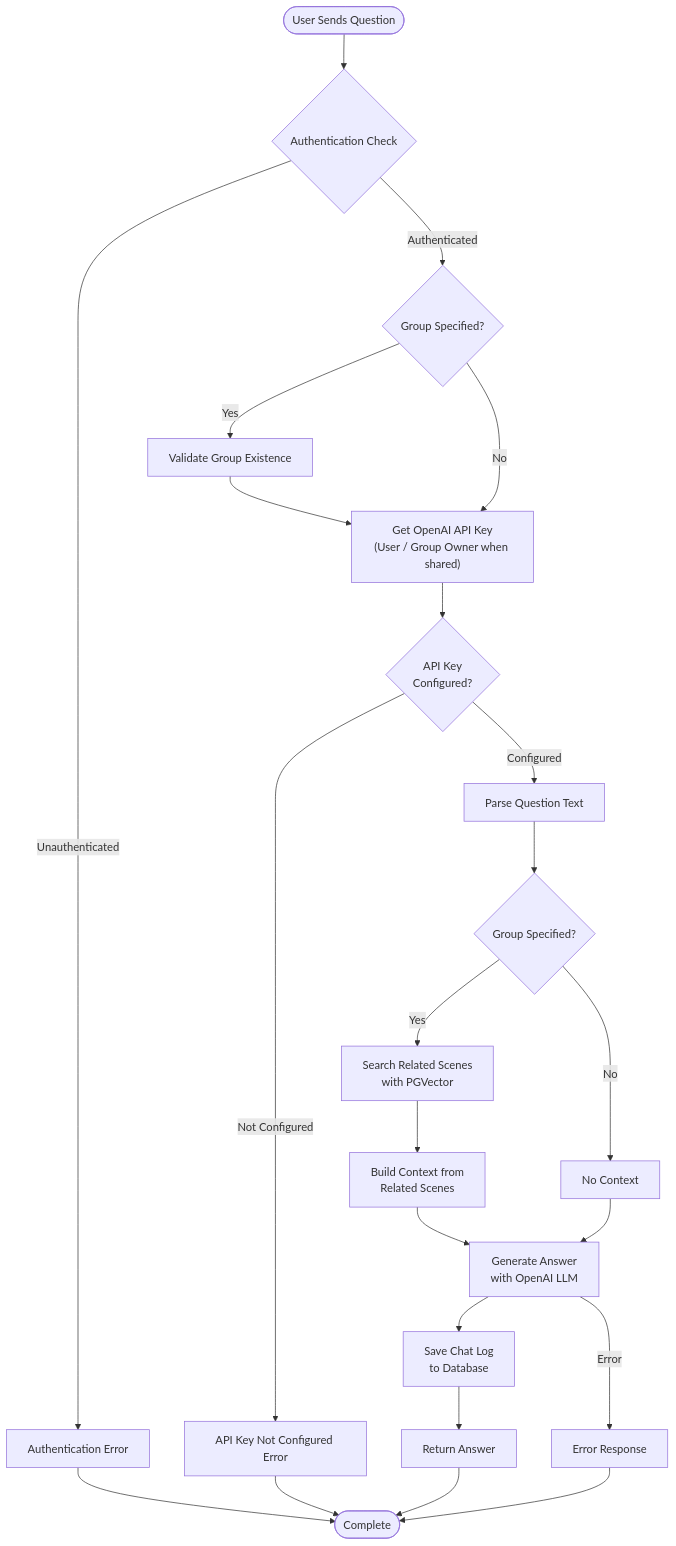
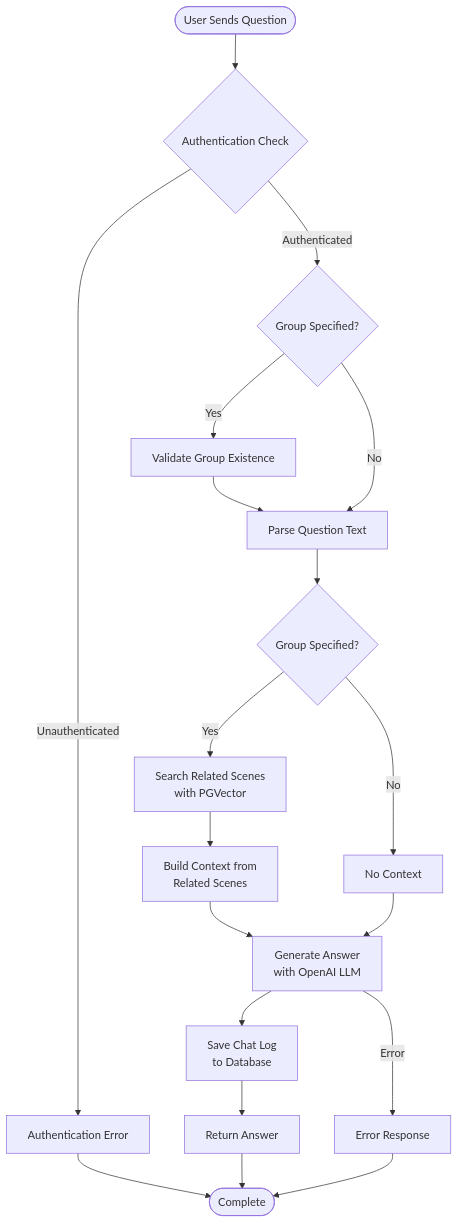
Before and after one commit to yukiharada1228/videoq: the second of 5 diagrams in docs/requirements/activity-diagram.md, drawn with Mermaid. The commit also changed other lines of this file and 11 other files, not shown here.

````diff
--- a/docs/requirements/activity-diagram.md
+++ b/docs/requirements/activity-diagram.md
@@ -46,30 +44,26 @@
 ```mermaid
 flowchart TD
     Start([User Sends Question]) --> Auth{Authentication Check}
     Auth -->|Unauthenticated| Error1[Authentication Error]
     Auth -->|Authenticated| GetGroup{Group Specified?}
     
     GetGroup -->|Yes| ValidateGroup[Validate Group Existence]
-    GetGroup -->|No| GetAPIKey["Get OpenAI API Key<br/>(User / Group Owner when shared)"]
-    ValidateGroup --> GetAPIKey
-    GetAPIKey --> CheckKey{"API Key<br>Configured?"}
-    CheckKey -->|Not Configured| Error2[API Key Not Configured Error]
-    CheckKey -->|Configured| ParseQuery[Parse Question Text]
+    GetGroup -->|No| ParseQuery[Parse Question Text]
+    ValidateGroup --> ParseQuery
     ParseQuery --> VectorSearch{Group Specified?}
     
     VectorSearch -->|Yes| SearchVectors[Search Related Scenes<br/>with PGVector]
     VectorSearch -->|No| NoContext[No Context]
     
     SearchVectors --> BuildContext[Build Context from<br/>Related Scenes]
     BuildContext --> CallLLM[Generate Answer<br/>with OpenAI LLM]
     NoContext --> CallLLM
     
     CallLLM --> SaveLog[Save Chat Log<br/>to Database]
     SaveLog --> ReturnAnswer[Return Answer]
     ReturnAnswer --> End([Complete])
-    
+
     Error1 --> End
+    CallLLM -->|Error| Error2[Error Response]
     Error2 --> End
-    CallLLM -->|Error| Error3[Error Response]
-    Error3 --> End
 ```
````
